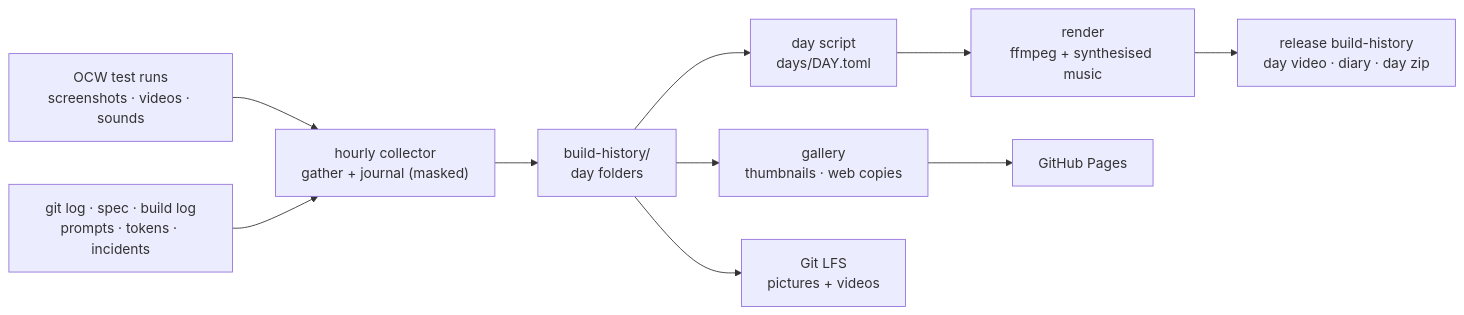
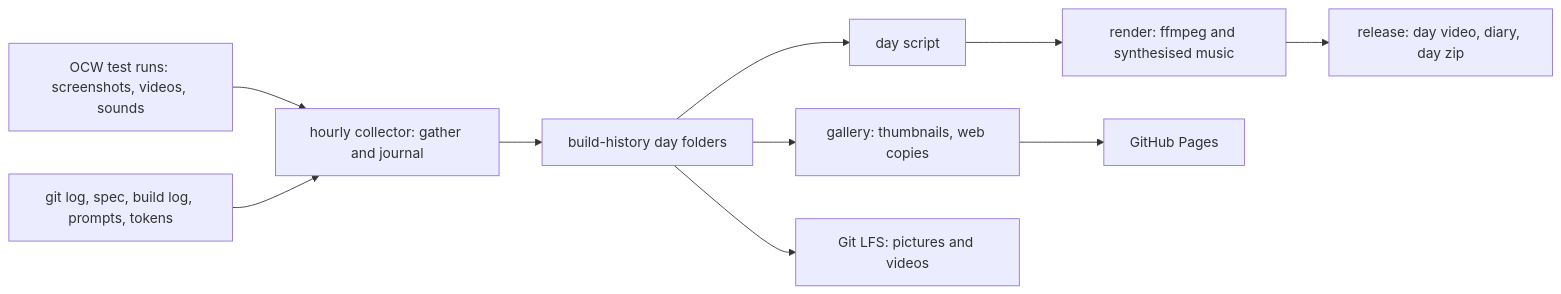
One commit to newkit/OCW-ART changed the diagram in README.md. Above: the diagram before and after it, drawn with Mermaid. The commit also changed 1 other file, not shown here.

Commit message:
README: a plainer pipeline diagram (github.com did not render the first one)
Claude-Session: https://claude.ai/code/session_01HLKCH3kz7DPN2DsFG8Px5K

````diff
--- a/README.md
+++ b/README.md
@@ -82,12 +82,12 @@
 ```mermaid
 flowchart LR
-  A["OCW test runs<br/>screenshots · videos · sounds"] --> C["hourly collector<br/>gather + journal (masked)"]
-  B["git log · spec · build log<br/>prompts · tokens · incidents"] --> C
-  C --> D["build-history/<br/>day folders"]
-  D --> E["day script<br/>days/DAY.toml"]
-  E --> F["render<br/>ffmpeg + synthesised music"]
-  F --> G["release build-history<br/>day video · diary · day zip"]
-  D --> H["gallery<br/>thumbnails · web copies"]
-  H --> I["GitHub Pages"]
-  D --> J["Git LFS<br/>pictures + videos"]
+  A[OCW test runs: screenshots, videos, sounds] --> C[hourly collector: gather and journal]
+  B[git log, spec, build log, prompts, tokens] --> C
+  C --> D[build-history day folders]
+  D --> E[day script]
+  E --> F[render: ffmpeg and synthesised music]
+  F --> G[release: day video, diary, day zip]
+  D --> H[gallery: thumbnails, web copies]
+  H --> I[GitHub Pages]
+  D --> J[Git LFS: pictures and videos]
 ```
````
